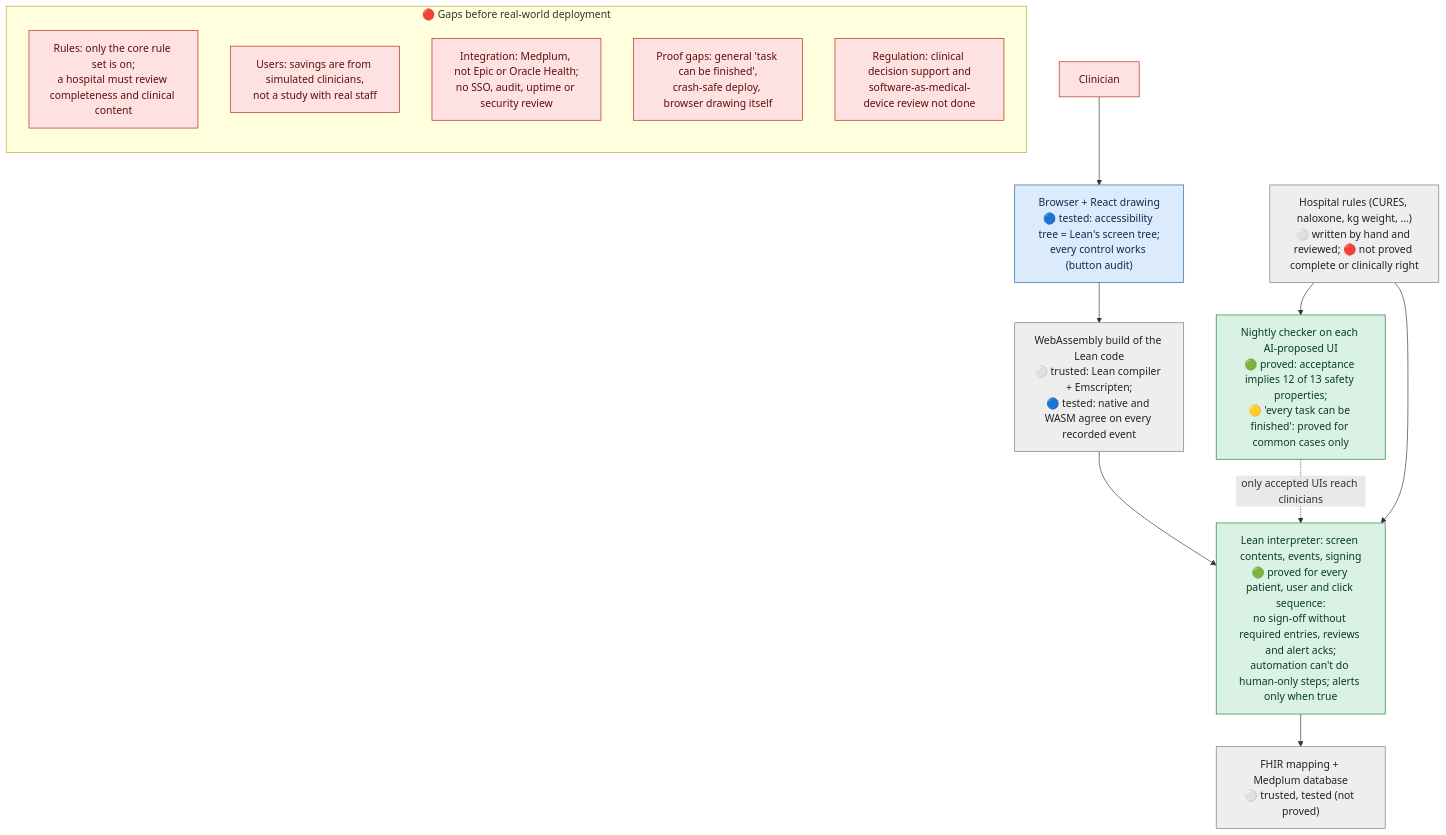
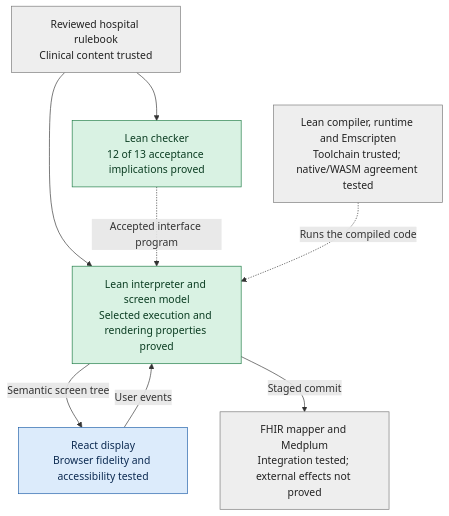
One commit to saithat/VGI-Health changed the third of 6 diagrams in README.md. Above: the diagram before and after it, drawn with Mermaid. The commit also changed other lines of this file, not shown here.

Commit message:
docs: clarify interface adaptation and verification with flowcharts

````diff
--- a/README.md
+++ b/README.md
@@ -100,29 +154,21 @@
 ```mermaid
 flowchart TB
   classDef proved fill:#d9f2e3,stroke:#1b7a43,color:#0b3d22
   classDef checked fill:#dcebfb,stroke:#1f5fa8,color:#0d2b52
   classDef trusted fill:#eeeeee,stroke:#777,color:#222
-  classDef gap fill:#fde2e1,stroke:#b42318,color:#5c100b
 
-  U["Clinician"]:::gap
-  B["Browser + React drawing<br/>🔵 tested: accessibility tree = Lean's screen tree;<br/>every control works (button audit)"]:::checked
-  W["WebAssembly build of the Lean code<br/>⚪ trusted: Lean compiler + Emscripten;<br/>🔵 tested: native and WASM agree on every recorded event"]:::trusted
-  I["Lean interpreter: screen contents, events, signing<br/>🟢 proved for every patient, user and click sequence:<br/>no sign-off without required entries, reviews and alert acks;<br/>automation can't do human-only steps; alerts only when true"]:::proved
-  C["Nightly checker on each AI-proposed UI<br/>🟢 proved: acceptance implies 12 of 13 safety properties;<br/>🟡 'every task can be finished': proved for common cases only"]:::proved
-  R["Hospital rules (CURES, naloxone, kg weight, …)<br/>⚪ written by hand and reviewed; 🔴 not proved complete or clinically right"]:::trusted
-  F["FHIR mapping + Medplum database<br/>⚪ trusted, tested (not proved)"]:::trusted
+  R["Reviewed hospital rulebook<br/>Clinical content trusted"]:::trusted
+  C["Lean checker<br/>12 of 13 acceptance implications proved"]:::proved
+  W["Lean compiler, runtime and Emscripten<br/>Toolchain trusted; native/WASM agreement tested"]:::trusted
+  I["Lean interpreter and screen model<br/>Selected execution and rendering properties proved"]:::proved
+  B["React display<br/>Browser fidelity and accessibility tested"]:::checked
+  F["FHIR mapper and Medplum<br/>Integration tested; external effects not proved"]:::trusted
 
-  U --> B --> W --> I --> F
-  C -. "only accepted UIs reach clinicians" .-> I
   R --> C
   R --> I
-
-  subgraph GAPS["🔴 Gaps before real-world deployment"]
-    direction TB
-    G1["Rules: only the core rule set is on;<br/>a hospital must review completeness and clinical content"]:::gap
-    G2["Users: savings are from simulated clinicians,<br/>not a study with real staff"]:::gap
-    G3["Integration: Medplum, not Epic or Oracle Health;<br/>no SSO, audit, uptime or security review"]:::gap
-    G4["Proof gaps: general 'task can be finished',<br/>crash-safe deploy, browser drawing itself"]:::gap
-    G5["Regulation: clinical decision support and<br/>software-as-medical-device review not done"]:::gap
-  end
+  C -. "Accepted interface program" .-> I
+  W -. "Runs the compiled code" .-> I
+  I -->|"Semantic screen tree"| B
+  B -->|"User events"| I
+  I -->|"Staged commit"| F
 ```
````
